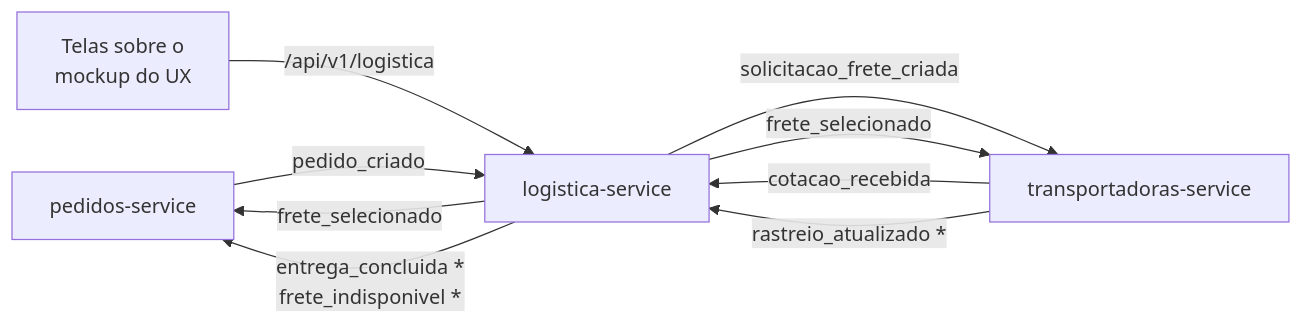
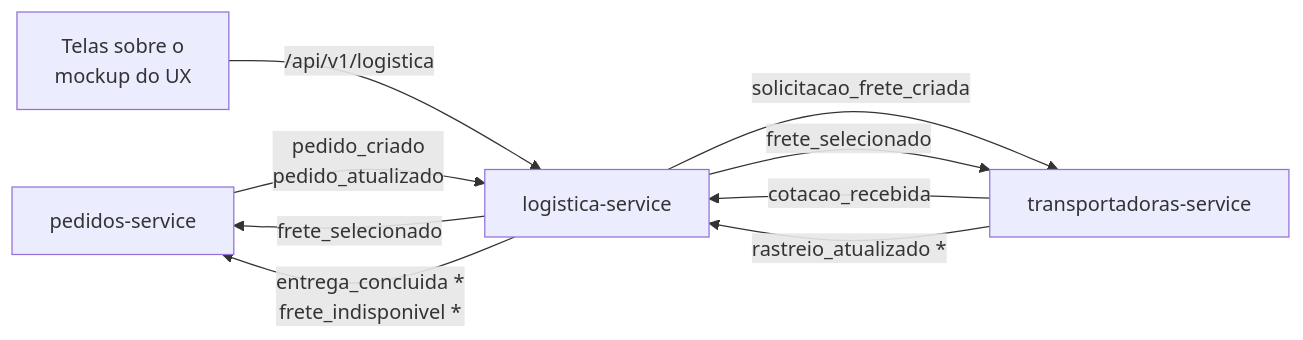
Before and after one commit to ArrozbR/portal-b2b-logistica-transporte: the diagram in README.md, drawn with Mermaid. The commit also changed other lines of this file, not shown here.

Commit message:
docs: README com o fluxo combinado com o grupo de Pedidos, slides prontos e repositórios de referência

````diff
--- a/README.md
+++ b/README.md
@@ -34,11 +34,11 @@
 ```mermaid
 flowchart LR
-    PED[pedidos-service] -->|pedido_criado| LOG[logistica-service]
+    PED[pedidos-service] -->|pedido_criado<br/>pedido_atualizado| LOG[logistica-service]
     LOG -->|solicitacao_frete_criada| TRP[transportadoras-service]
     TRP -->|cotacao_recebida| LOG
     LOG -->|frete_selecionado| PED
     LOG -->|frete_selecionado| TRP
     TRP -->|rastreio_atualizado *| LOG
     LOG -->|entrega_concluida *<br/>frete_indisponivel *| PED
     FE[Telas sobre o<br/>mockup do UX] -->|/api/v1/logistica| LOG
 ```
````
